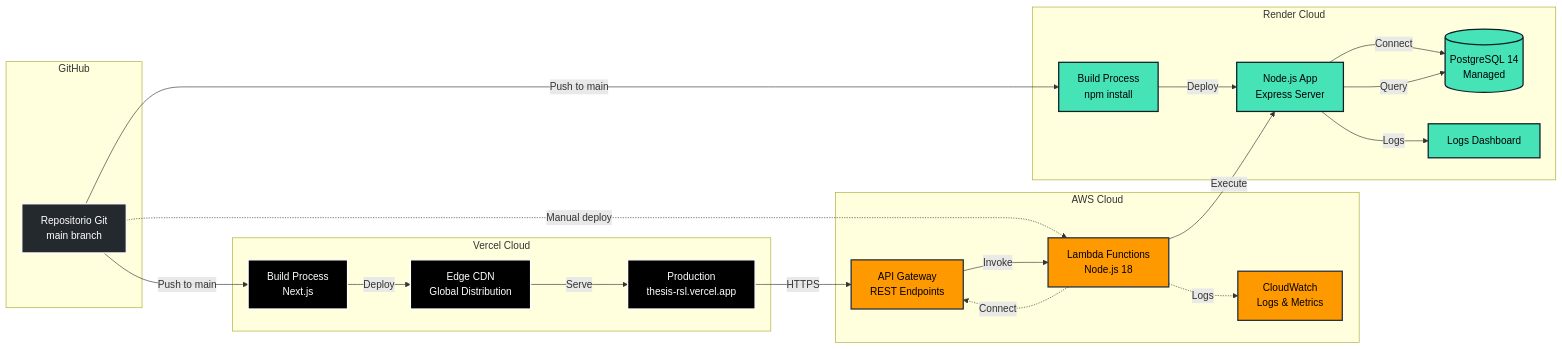
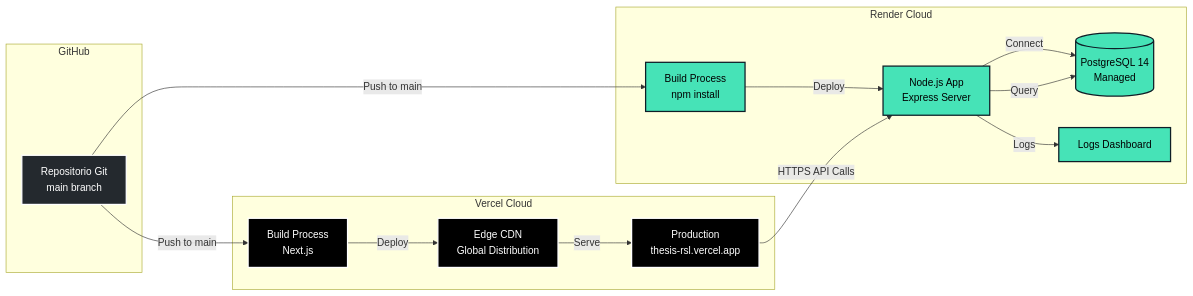
Before and after one commit to Stefanny26/Tesis_RSL: the third of 3 diagrams in docs/ARQUITECTURA-SISTEMA.md, drawn with Mermaid. The commit also changed other lines of this file, not shown here.

Commit message:
docs: Actualizar arquitectura del sistema (v2.0) - agregar fase RQS, gatekeeper PRISMA, eliminar AWS Lambda, actualizar deployment Render

````diff
--- a/docs/ARQUITECTURA-SISTEMA.md
+++ b/docs/ARQUITECTURA-SISTEMA.md
@@ -651,57 +747,42 @@
 ```mermaid
 graph LR
     subgraph "GitHub"
         REPO[Repositorio Git<br/>main branch]
     end
 
     subgraph "Vercel Cloud"
         VERCEL_BUILD[Build Process<br/>Next.js]
         VERCEL_CDN[Edge CDN<br/>Global Distribution]
         VERCEL_PROD[Production<br/>thesis-rsl.vercel.app]
-    end
-
-    subgraph "AWS Cloud"
-        API_GW[API Gateway<br/>REST Endpoints]
-        LAMBDA_FN[Lambda Functions<br/>Node.js 18]
-        CLOUDWATCH[CloudWatch<br/>Logs & Metrics]
     end
 
     subgraph "Render Cloud"
         RENDER_BUILD[Build Process<br/>npm install]
         RENDER_DB[(PostgreSQL 14<br/>Managed)]
         RENDER_APP[Node.js App<br/>Express Server]
         RENDER_LOGS[Logs Dashboard]
     end
 
     %% Flujo de deployment Frontend
     REPO -->|Push to main| VERCEL_BUILD
     VERCEL_BUILD -->|Deploy| VERCEL_CDN
     VERCEL_CDN -->|Serve| VERCEL_PROD
 
     %% Flujo de deployment Backend
     REPO -->|Push to main| RENDER_BUILD
     RENDER_BUILD -->|Deploy| RENDER_APP
     RENDER_APP -->|Connect| RENDER_DB
     RENDER_APP -->|Logs| RENDER_LOGS
 
-    %% Flujo de deployment Lambda
-    REPO -.->|Manual deploy| LAMBDA_FN
-    LAMBDA_FN -.->|Connect| API_GW
-    LAMBDA_FN -.->|Logs| CLOUDWATCH
-
     %% Flujo runtime
-    VERCEL_PROD -->|HTTPS| API_GW
-    API_GW -->|Invoke| LAMBDA_FN
-    LAMBDA_FN -->|Execute| RENDER_APP
+    VERCEL_PROD -->|HTTPS API Calls| RENDER_APP
     RENDER_APP -->|Query| RENDER_DB
 
     classDef github fill:#24292e,stroke:#fff,stroke-width:2px,color:#fff
     classDef vercel fill:#000,stroke:#fff,stroke-width:2px,color:#fff
-    classDef aws fill:#ff9900,stroke:#232f3e,stroke-width:2px,color:#000
     classDef render fill:#46e3b7,stroke:#0e1e27,stroke-width:2px,color:#000
 
     class REPO github
     class VERCEL_BUILD,VERCEL_CDN,VERCEL_PROD vercel
-    class API_GW,LAMBDA_FN,CLOUDWATCH aws
     class RENDER_BUILD,RENDER_DB,RENDER_APP,RENDER_LOGS render
 ```
````
